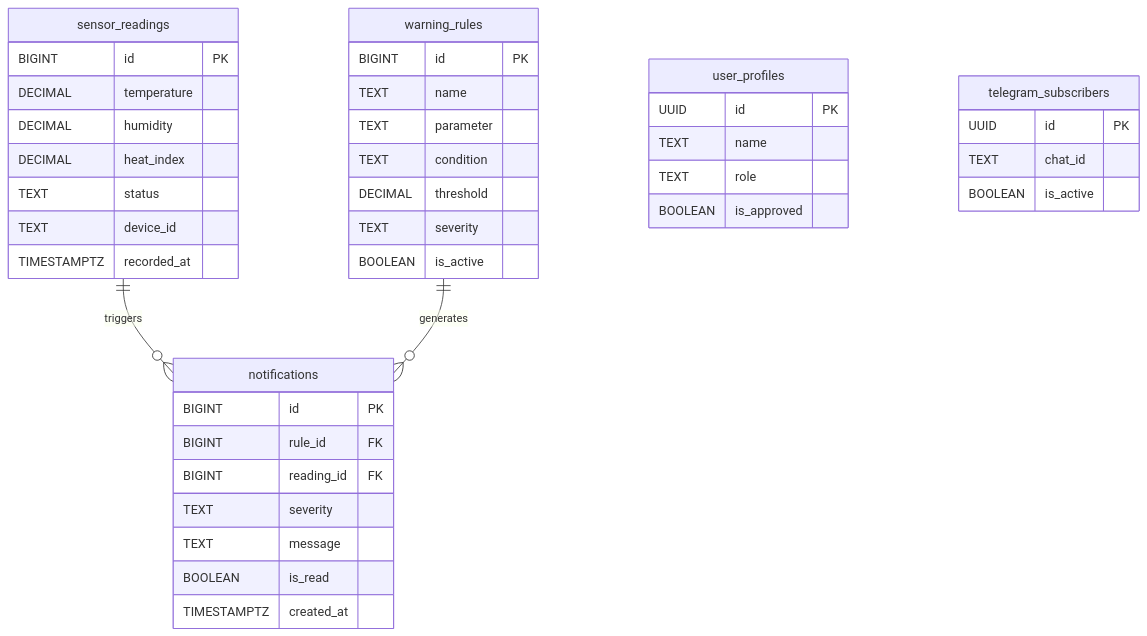
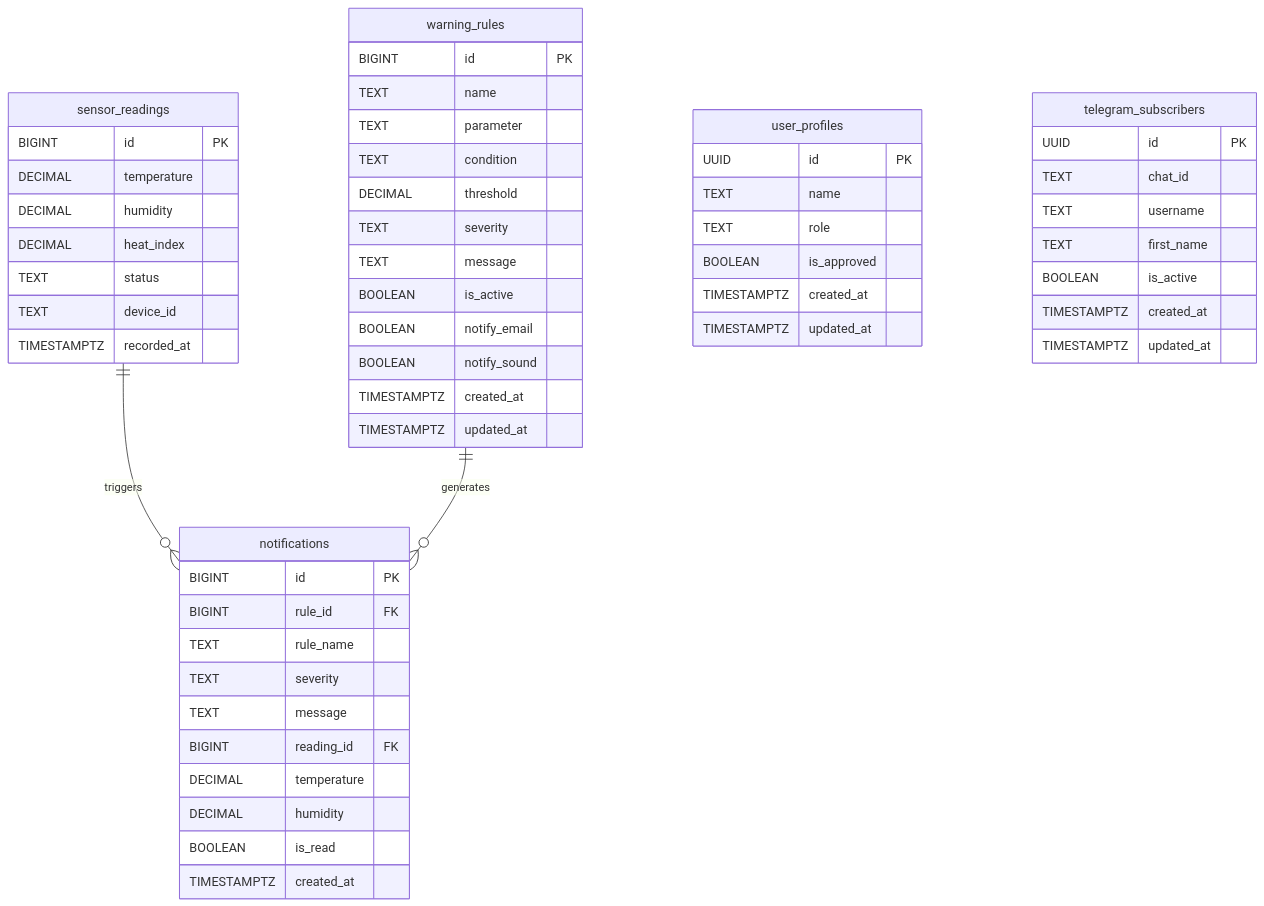
One commit to boyishwara/omaggot changed the third of 5 diagrams in README.md. Above: the diagram before and after it, drawn with Mermaid. The commit also changed other lines of this file and 7 other files, not shown here.

````diff
--- a/README.md
+++ b/README.md
@@ -81,48 +81,62 @@
 ```mermaid
 erDiagram
     sensor_readings ||--o{ notifications : triggers
     warning_rules ||--o{ notifications : generates
     
     sensor_readings {
         BIGINT id PK
         DECIMAL temperature
         DECIMAL humidity
         DECIMAL heat_index
         TEXT status
         TEXT device_id
         TIMESTAMPTZ recorded_at
     }
     
     warning_rules {
         BIGINT id PK
         TEXT name
         TEXT parameter
         TEXT condition
         DECIMAL threshold
         TEXT severity
+        TEXT message
         BOOLEAN is_active
+        BOOLEAN notify_email
+        BOOLEAN notify_sound
+        TIMESTAMPTZ created_at
+        TIMESTAMPTZ updated_at
     }
     
     notifications {
         BIGINT id PK
         BIGINT rule_id FK
-        BIGINT reading_id FK
+        TEXT rule_name
         TEXT severity
         TEXT message
+        BIGINT reading_id FK
+        DECIMAL temperature
+        DECIMAL humidity
         BOOLEAN is_read
         TIMESTAMPTZ created_at
     }
     
     user_profiles {
         UUID id PK
         TEXT name
         TEXT role
         BOOLEAN is_approved
+        TIMESTAMPTZ created_at
+        TIMESTAMPTZ updated_at
     }
     
     telegram_subscribers {
         UUID id PK
         TEXT chat_id
+        TEXT username
+        TEXT first_name
         BOOLEAN is_active
+        TIMESTAMPTZ created_at
+        TIMESTAMPTZ updated_at
     }
 ```
````
